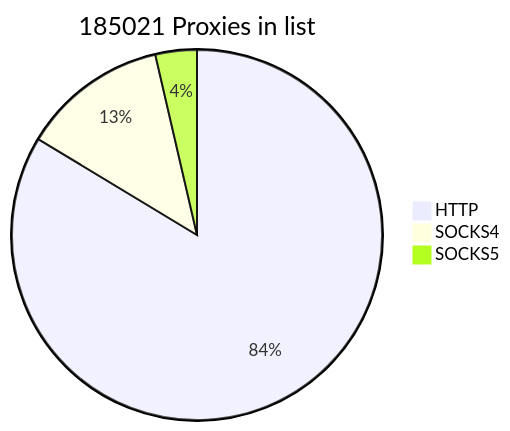
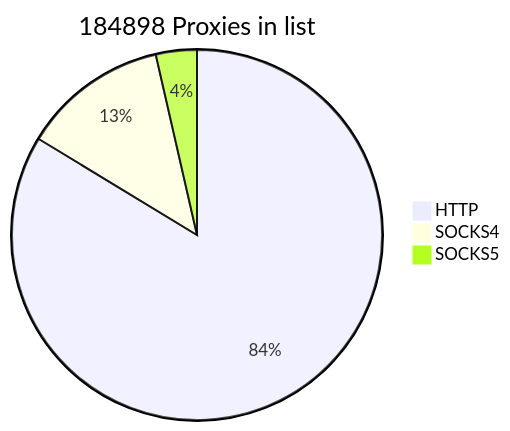
Before and after one commit to cutipu/proxylist: the first of 2 diagrams in README.md, drawn with Mermaid. The commit also changed other lines of this file, not shown here.

````diff
--- a/README.md
+++ b/README.md
@@ -2,7 +2,7 @@
 ```mermaid
-pie title 185021 Proxies in list
-    "HTTP" : 154767
+pie title 184898 Proxies in list
+    "HTTP" : 154727
     "SOCKS4" : 23557
-    "SOCKS5" : 6697
+    "SOCKS5" : 6614
             
 ```
````
